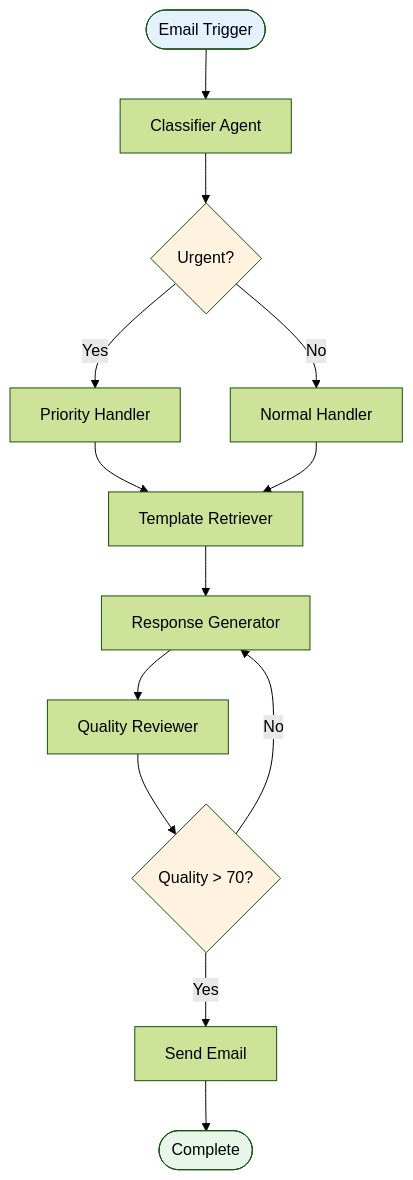
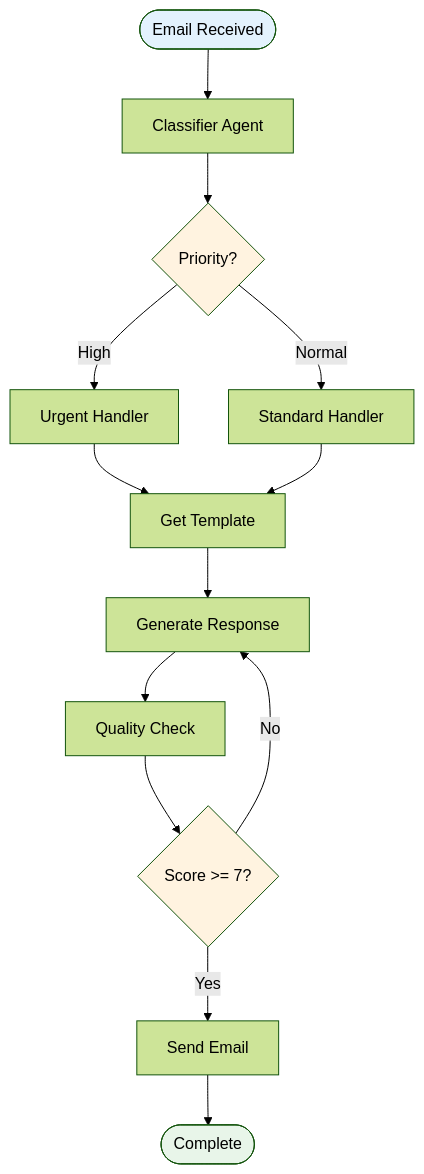
The ninth of 11 diagrams in path-strands-agent/skills/mermaid-diagrams/references/pattern-examples.md (muylucir/path), drawn with Mermaid (forest theme) before and after one commit. The commit also changed other lines of this file and 121 other files, not shown here.

````diff
--- a/path-strands-agent/skills/mermaid-diagrams/references/pattern-examples.md
+++ b/path-strands-agent/skills/mermaid-diagrams/references/pattern-examples.md
@@ -61,20 +106,20 @@
 ```mermaid
 graph TD
-    Start([Email Trigger]) --> Classify[Classifier Agent]
-    Classify --> Urgent{Urgent?}
-    Urgent -->|Yes| Priority[Priority Handler]
-    Urgent -->|No| Normal[Normal Handler]
-    Priority --> Template[Template Retriever]
+    Start([Email Received]) --> Classify[Classifier Agent]
+    Classify --> Urgent{"Priority?"}
+    Urgent -->|High| Priority[Urgent Handler]
+    Urgent -->|Normal| Normal[Standard Handler]
+    Priority --> Template[Get Template]
     Normal --> Template
-    Template --> Generate[Response Generator]
-    Generate --> Review[Quality Reviewer]
-    Review --> Check{Quality > 70?}
-    Check -->|No| Generate
-    Check -->|Yes| Send[Send Email]
+    Template --> Generate[Generate Response]
+    Generate --> Review[Quality Check]
+    Review --> Quality{"Score >= 7?"}
+    Quality -->|No| Generate
+    Quality -->|Yes| Send[Send Email]
     Send --> End([Complete])
 
     style Start fill:#E3F2FD
     style End fill:#E8F5E9
     style Urgent fill:#FFF3E0
-    style Check fill:#FFF3E0
+    style Quality fill:#FFF3E0
 ```
````
